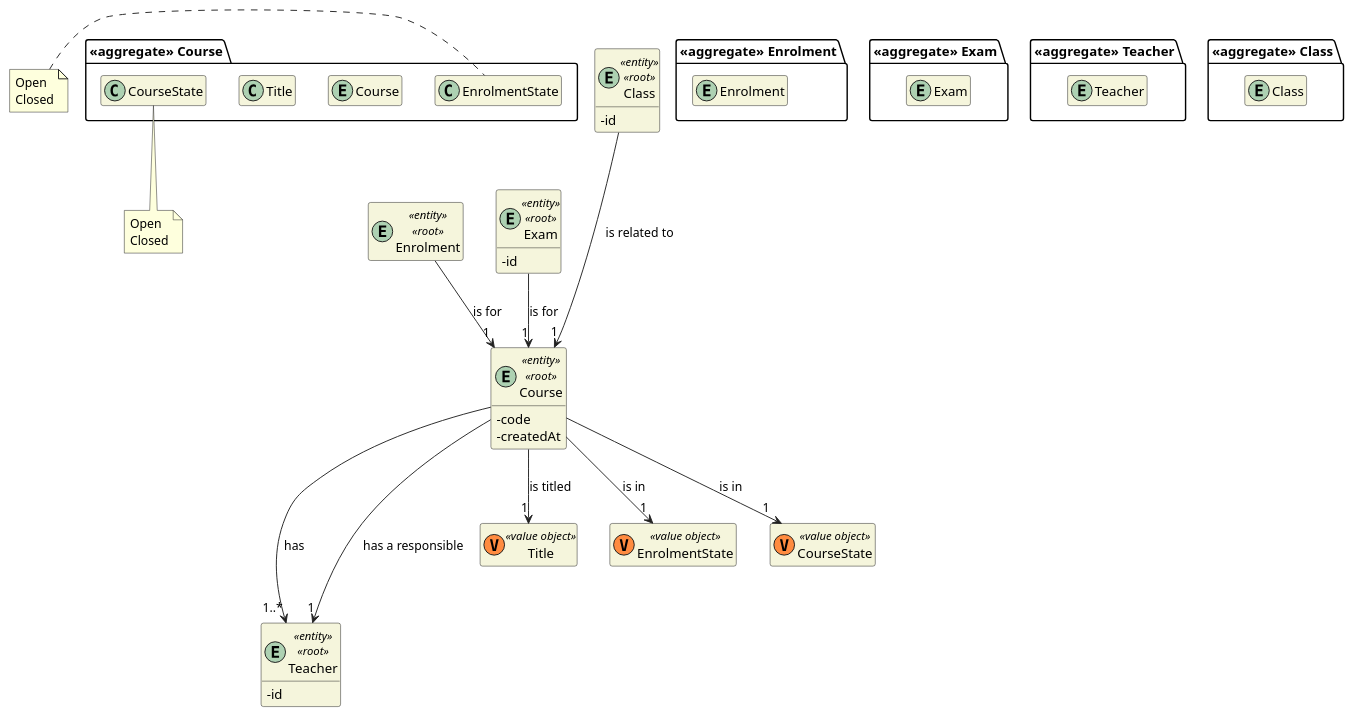
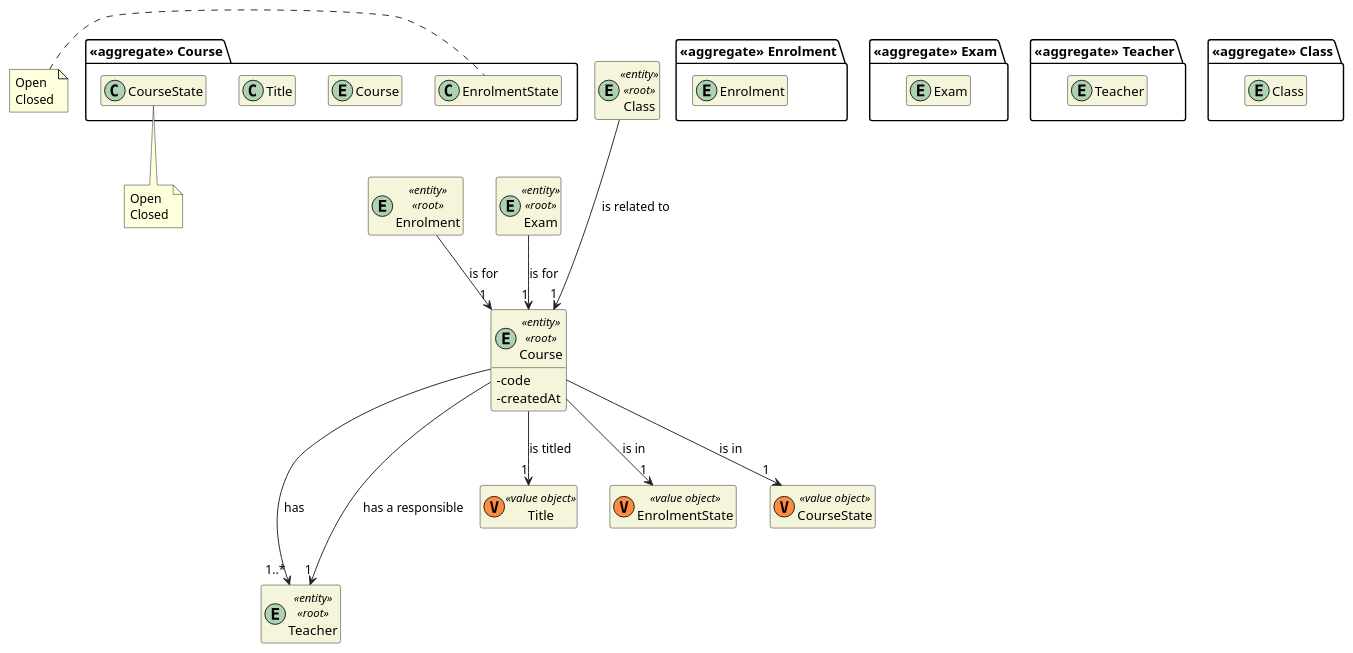
Before and after one commit to miseEnPlace-dev/lapr4: the diagram in docs/dm/DM_Course.puml, drawn with PlantUML. The commit also changed 8 other files, not shown here.

```diff
--- a/docs/dm/DM_Course.puml
+++ b/docs/dm/DM_Course.puml
@@ -1,73 +1,70 @@
 @startuml DM-COURSE
 'https://plantuml.com/class-diagram
 
 skinparam classAttributeIconSize 0
 hide empty attributes
 hide empty methods
 skinparam classBackgroundColor beige
 skinparam ArrowColor #222222
 
 package "<<aggregate>> Course" {
   entity Course
 
   class Title
   class EnrolmentState
   class CourseState
 }
 
 package "<<aggregate>> Enrolment" {
   entity Enrolment
 }
 
 entity Course <<entity>> <<root>> {
   - code
   - createdAt
 }
 
 entity Enrolment <<entity>> <<root>> {
 }
 
 package "<<aggregate>> Exam" {
   entity Exam
 }
 
 entity Exam <<entity>> <<root>> {
-  -id
 }
 
 package "<<aggregate>> Teacher" {
   entity Teacher
 }
 
 entity Teacher <<entity>> <<root>> {
-  -id
 }
 
 package "<<aggregate>> Class" {
   entity Class
 }
 
 entity Class <<entity>> <<root>> {
-  -id
 }
 
 note left of EnrolmentState : Open\nClosed
 note bottom of CourseState : Open\nClosed
 
 class Title <<(V,#FF8B40) value object>> {}
 class EnrolmentState <<(V,#FF8B40) value object>> {}
 class CourseState <<(V,#FF8B40) value object>> {}
 
 Course --> "1" Title : is titled
 Course --> "1" EnrolmentState : is in
 Course ---> "1..*" Teacher : has
 Course --> "1" Teacher : has a responsible
 Course --> "1" CourseState : is in
 
 Enrolment --> "1" Course : is for
 
 Exam --> "1" Course : is for
 
 Class ---> "1" Course : is related to
 
 @enduml
```
